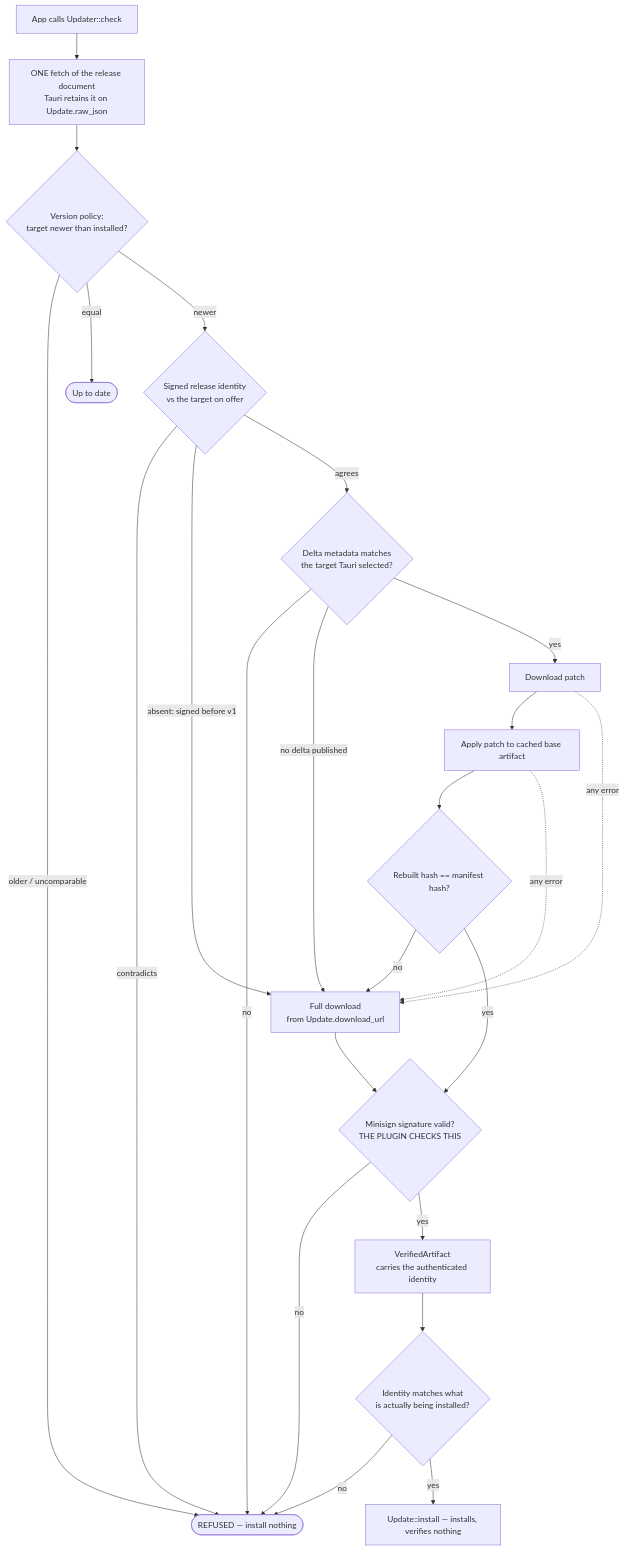
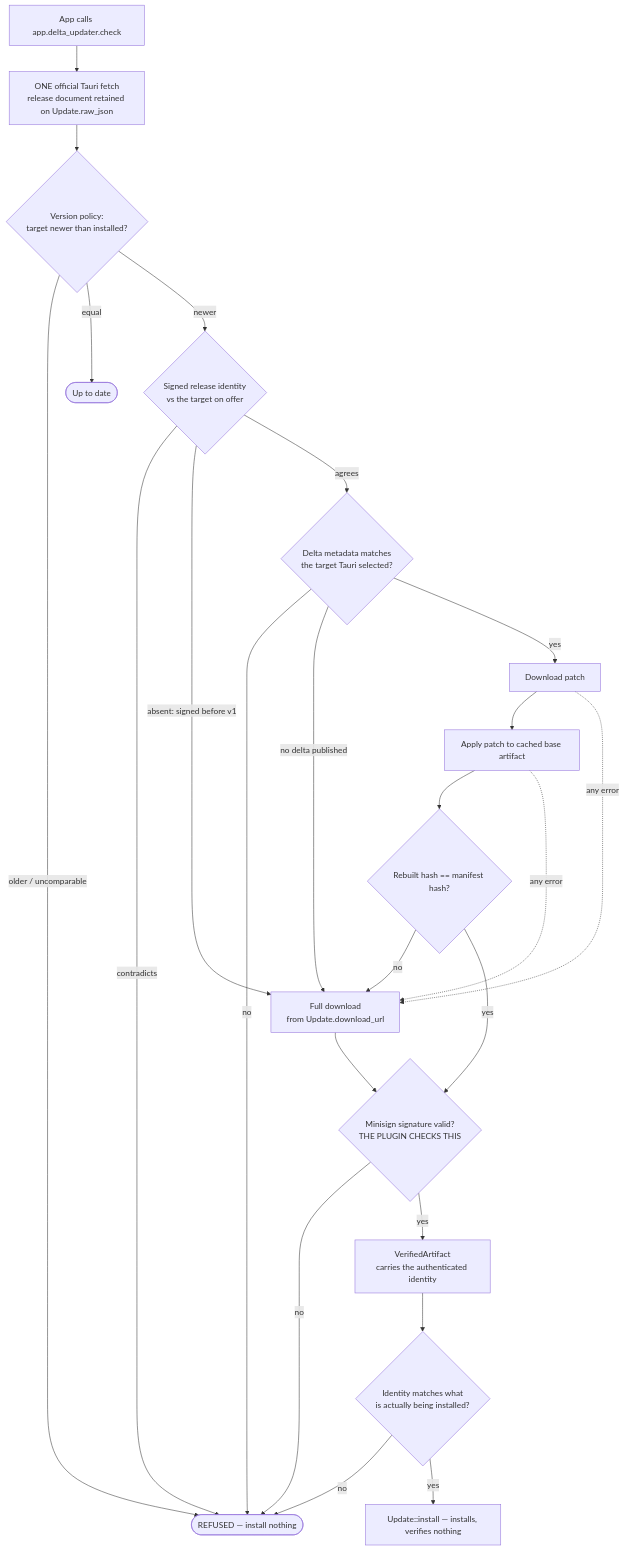
The diagram in docs/ARCHITECTURE.md (Chahdane/tauri-updater), drawn with Mermaid before and after one commit. The commit also changed other lines of this file and 9 other files, not shown here.

````diff
--- a/docs/ARCHITECTURE.md
+++ b/docs/ARCHITECTURE.md
@@ -48,27 +48,27 @@
 ```mermaid
 flowchart TD
-    A[App calls Updater::check] --> B[ONE fetch of the release document<br/>Tauri retains it on Update.raw_json]
+    A[App calls app.delta_updater.check] --> B[ONE official Tauri fetch<br/>release document retained on Update.raw_json]
     B --> P{Version policy:<br/>target newer than installed?}
     P -- "older / uncomparable" --> R([REFUSED — install nothing])
     P -- equal --> U([Up to date])
     P -- newer --> N{Signed release identity<br/>vs the target on offer}
     N -- contradicts --> R
     N -- "absent: signed before v1" --> F
     N -- agrees --> Q{Delta metadata matches<br/>the target Tauri selected?}
     Q -- no --> R
     Q -- "no delta published" --> F[Full download<br/>from Update.download_url]
     Q -- yes --> D[Download patch]
     D --> E[Apply patch to cached base artifact]
     E --> G{Rebuilt hash == manifest hash?}
     G -- no --> F
     G -- yes --> V
     F --> V{Minisign signature valid?<br/>THE PLUGIN CHECKS THIS}
     V -- no --> R
     V -- yes --> H[VerifiedArtifact<br/>carries the authenticated identity]
     H --> W{Identity matches what<br/>is actually being installed?}
     W -- no --> R
     W -- yes --> I[Update::install — installs, verifies nothing]
 
     D -. any error .-> F
     E -. any error .-> F
 ```
````
